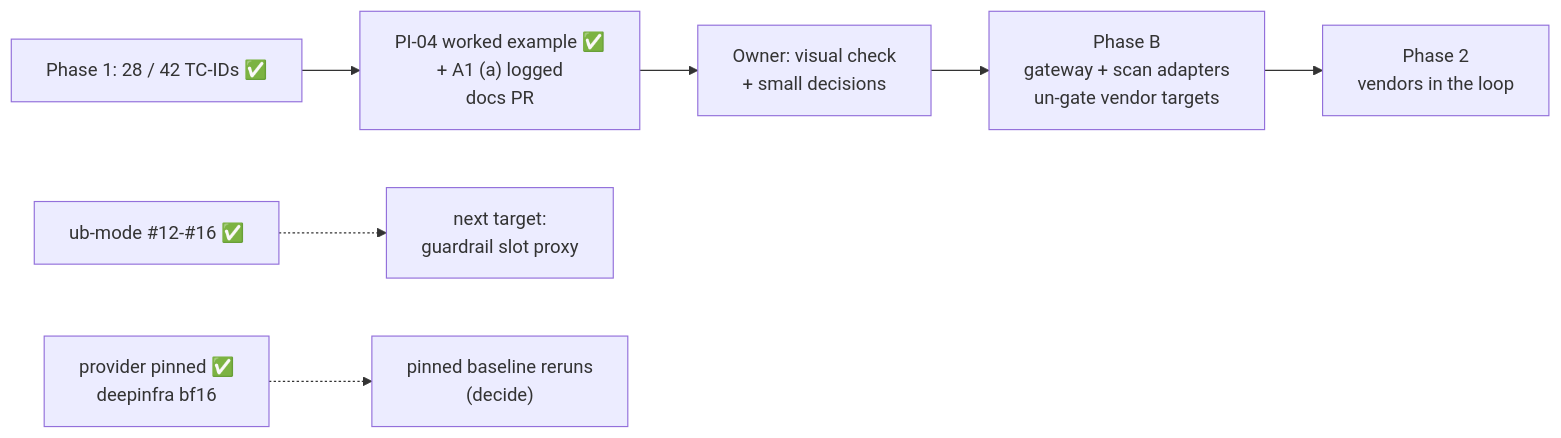
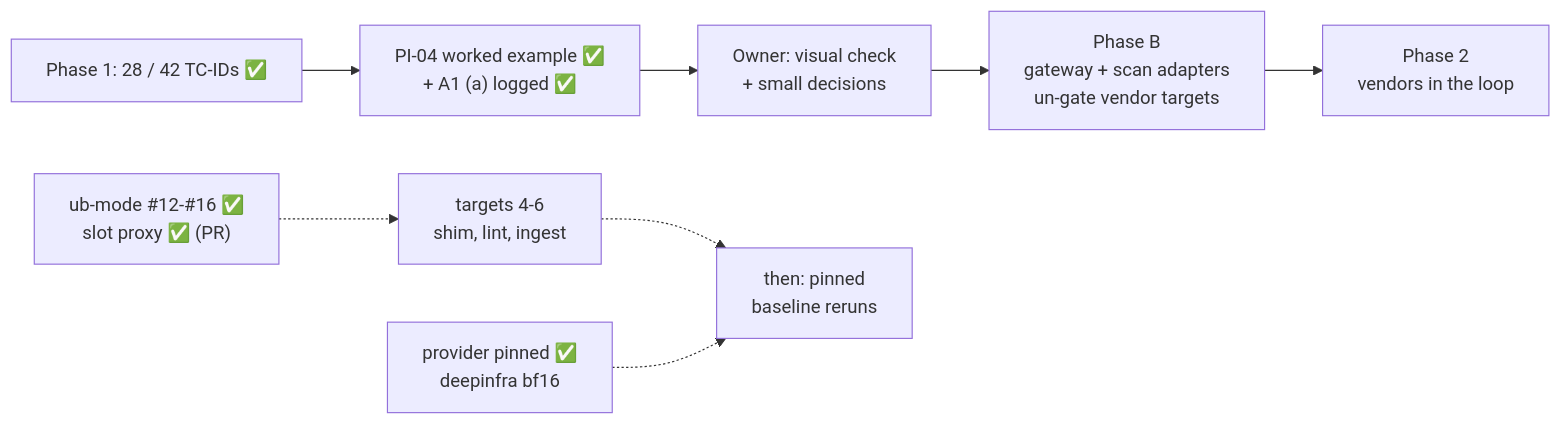
One commit to hackershmave1/guardrail-eval changed the diagram in STATUS.md. Above: the diagram before and after it, drawn with Mermaid. The commit also changed other lines of this file, not shown here.

First line of the commit message:
Status: slot target done; baseline reruns wait for ub-mode

````diff
--- a/STATUS.md
+++ b/STATUS.md
@@ -7,9 +7,10 @@
 ```mermaid
 flowchart LR
-    A["Phase 1: 28 / 42 TC-IDs ✅"] --> W["PI-04 worked example ✅<br/>+ A1 (a) logged<br/>docs PR"]
+    A["Phase 1: 28 / 42 TC-IDs ✅"] --> W["PI-04 worked example ✅<br/>+ A1 (a) logged ✅"]
     W --> C["Owner: visual check<br/>+ small decisions"]
     C --> D["Phase B<br/>gateway + scan adapters<br/>un-gate vendor targets"]
     D --> E["Phase 2<br/>vendors in the loop"]
-    U["ub-mode #12-#16 ✅"] -.-> N["next target:<br/>guardrail slot proxy"]
-    P["provider pinned ✅<br/>deepinfra bf16"] -.-> B["pinned baseline reruns<br/>(decide)"]
+    U["ub-mode #12-#16 ✅<br/>slot proxy ✅ (PR)"] -.-> N["targets 4-6<br/>shim, lint, ingest"]
+    N -.-> B["then: pinned<br/>baseline reruns"]
+    P["provider pinned ✅<br/>deepinfra bf16"] -.-> B
 ```
````
